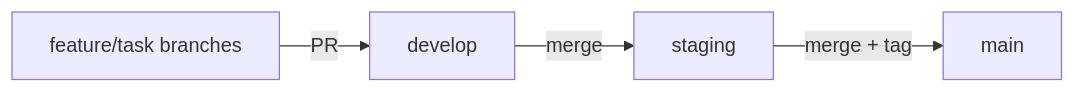
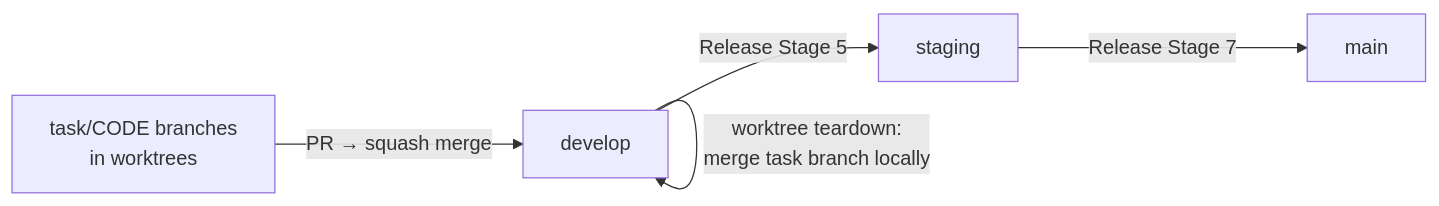
Before and after one commit to dnviti/claude-task-development-framework: the diagram in docs/development.md, drawn with Mermaid. The commit also changed other lines of this file and 12 other files, not shown here.

````diff
--- a/docs/development.md
+++ b/docs/development.md
@@ -140,6 +182,8 @@
 ```mermaid
 flowchart LR
-    FEAT["feature/task branches"] -->|"PR"| DEV["develop"]
-    DEV -->|"merge"| STG["staging"]
-    STG -->|"merge + tag"| MAIN["main"]
+    FEAT["task/CODE branches<br>in worktrees"] -->|"PR → squash merge"| DEV["develop"]
+    DEV -->|"Release Stage 5"| STG["staging"]
+    STG -->|"Release Stage 7"| MAIN["main"]
+
+    DEV -->|"worktree teardown:<br>merge task branch locally"| DEV
 ```
````
